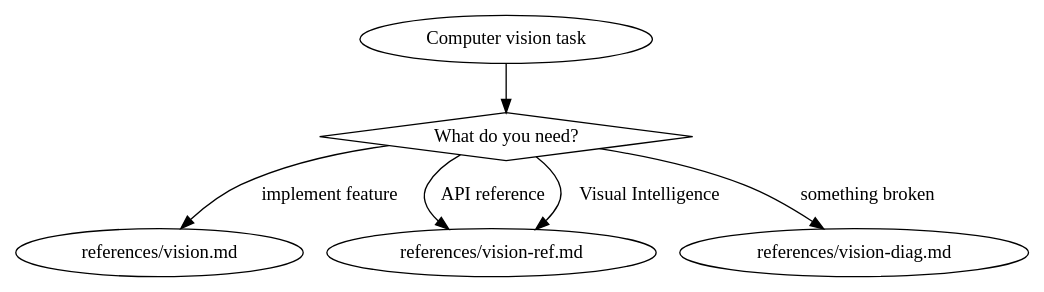
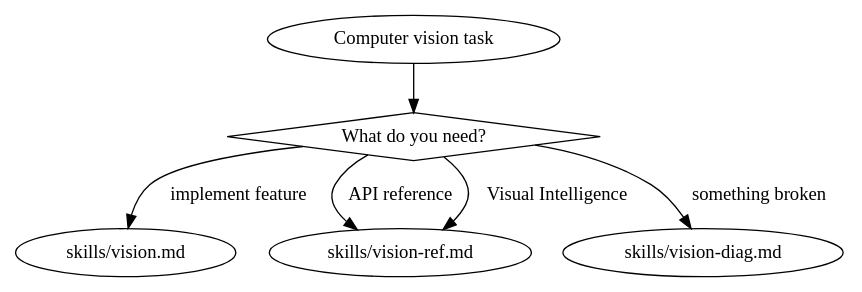
One commit to CharlesWiltgen/Axiom changed the diagram in .claude-plugin/plugins/axiom/skills/axiom-vision/SKILL.md. Above: the diagram before and after it, drawn with Graphviz. The commit also changed other lines of this file and 266 other files, not shown here.

First line of the commit message:
refactor(skills): rename references/ to skills/ across all suites

````diff
--- a/.claude-plugin/plugins/axiom/skills/axiom-vision/SKILL.md
+++ b/.claude-plugin/plugins/axiom/skills/axiom-vision/SKILL.md
@@ -37,12 +37,12 @@
 ```dot
 digraph vision {
     start [label="Computer vision task" shape=ellipse];
     what [label="What do you need?" shape=diamond];
 
     start -> what;
-    what -> "references/vision.md" [label="implement feature"];
-    what -> "references/vision-ref.md" [label="API reference"];
-    what -> "references/vision-ref.md" [label="Visual Intelligence"];
-    what -> "references/vision-diag.md" [label="something broken"];
+    what -> "skills/vision.md" [label="implement feature"];
+    what -> "skills/vision-ref.md" [label="API reference"];
+    what -> "skills/vision-ref.md" [label="Visual Intelligence"];
+    what -> "skills/vision-diag.md" [label="something broken"];
 }
 ```
````
